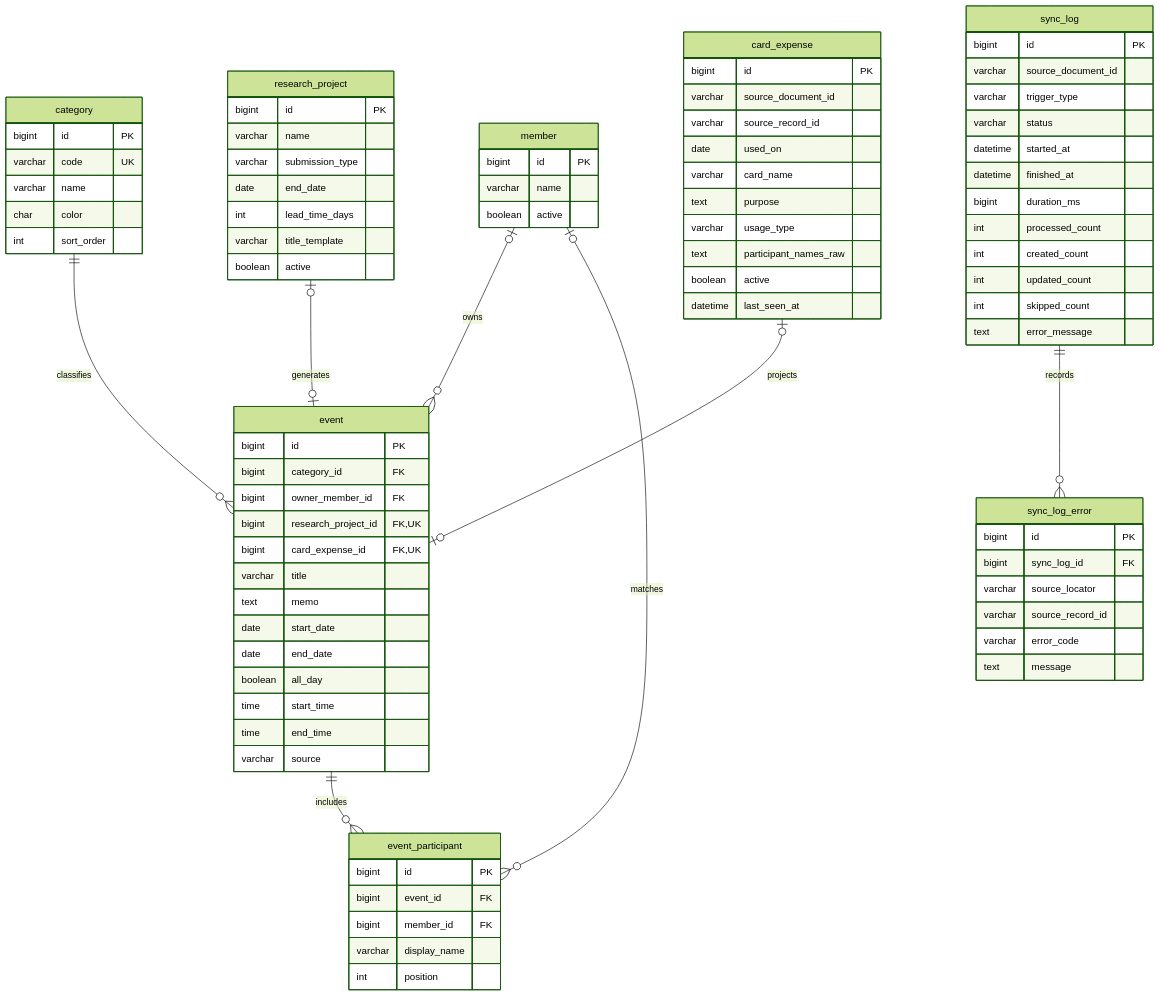
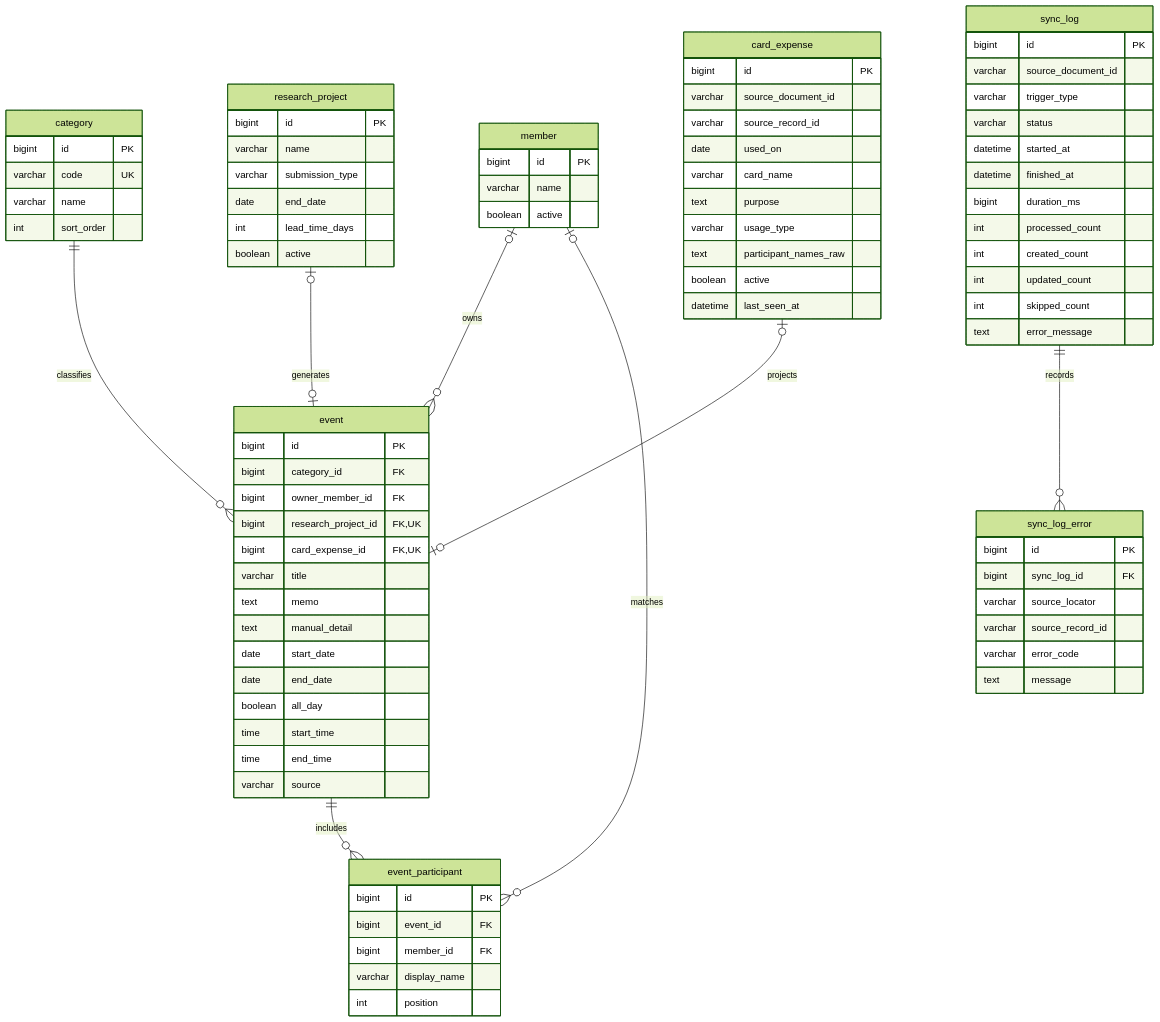
One commit to lab-calendar/lab-calendar-backend changed the diagram in docs/database-design.md. Above: the diagram before and after it, drawn with Mermaid (forest theme). The commit also changed other lines of this file, not shown here.

```diff
--- a/docs/database-design.md
+++ b/docs/database-design.md
@@ -37,7 +37,6 @@
         bigint id PK
         varchar code UK
         varchar name
-        char color
         int sort_order
     }
     member {
@@ -51,7 +50,6 @@
         varchar submission_type
         date end_date
         int lead_time_days
-        varchar title_template
         boolean active
     }
     event {
@@ -62,6 +60,7 @@
         bigint card_expense_id FK,UK
         varchar title
         text memo
+        text manual_detail
         date start_date
         date end_date
         boolean all_day
```
